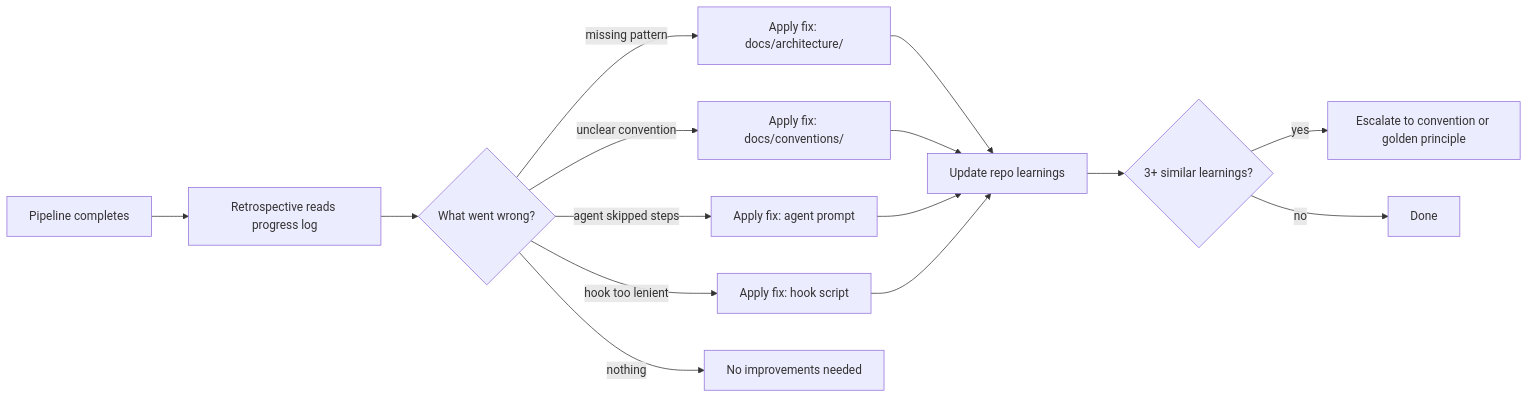
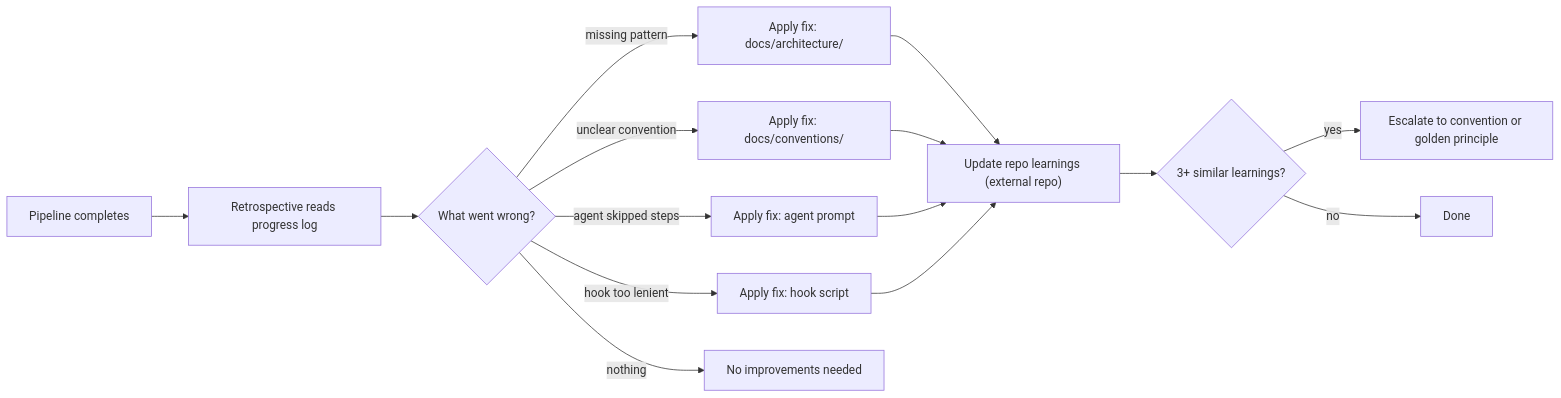
The second of 2 diagrams in README.md (workos/case), drawn with Mermaid before and after one commit. The commit also changed other lines of this file, not shown here.

````diff
--- a/README.md
+++ b/README.md
@@ -64,17 +64,17 @@
 ```mermaid
 graph LR
     A["Pipeline completes"] --> B["Retrospective reads progress log"]
     B --> C{"What went wrong?"}
     C -->|missing pattern| D["Apply fix: docs/architecture/"]
     C -->|unclear convention| E["Apply fix: docs/conventions/"]
     C -->|agent skipped steps| F["Apply fix: agent prompt"]
     C -->|hook too lenient| G["Apply fix: hook script"]
     C -->|nothing| H["No improvements needed"]
-    D --> I["Update repo learnings"]
+    D --> I["Update repo learnings (external repo)"]
     E --> I
     F --> I
     G --> I
     I --> J{"3+ similar learnings?"}
     J -->|yes| K["Escalate to convention or golden principle"]
     J -->|no| L["Done"]
 ```
````
